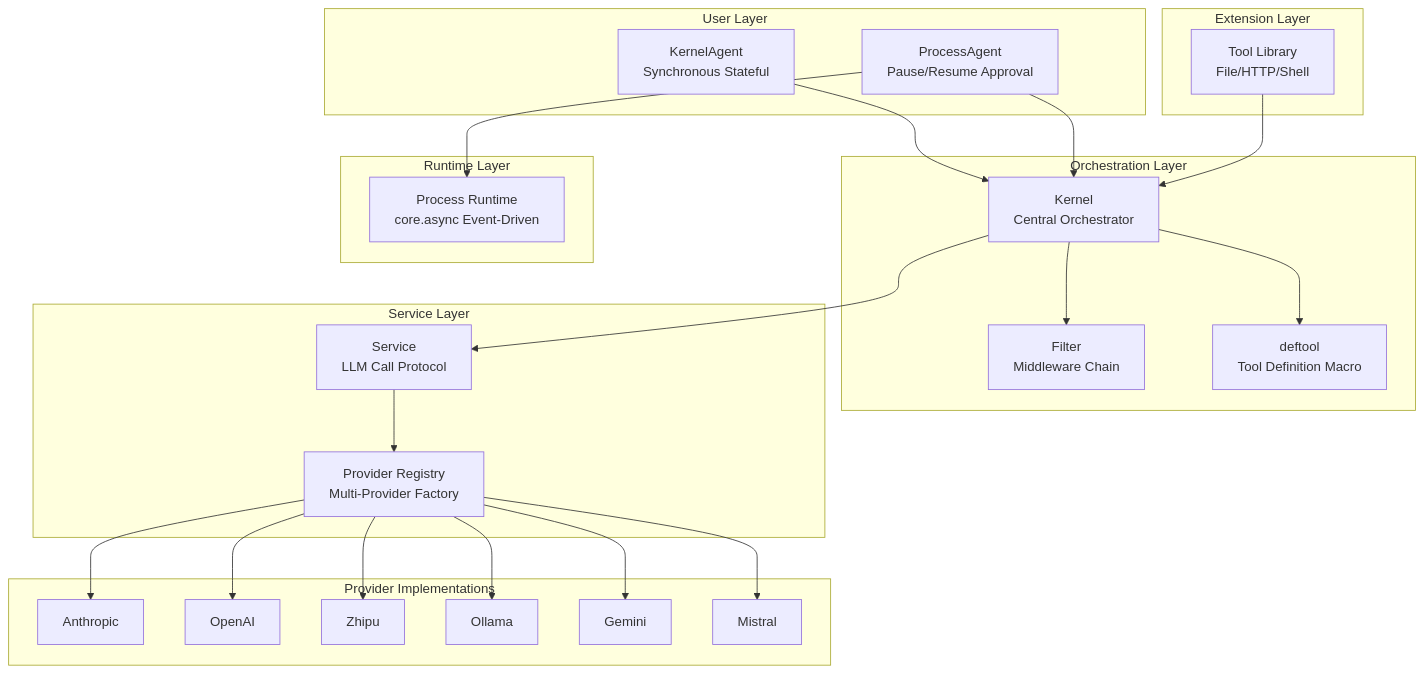
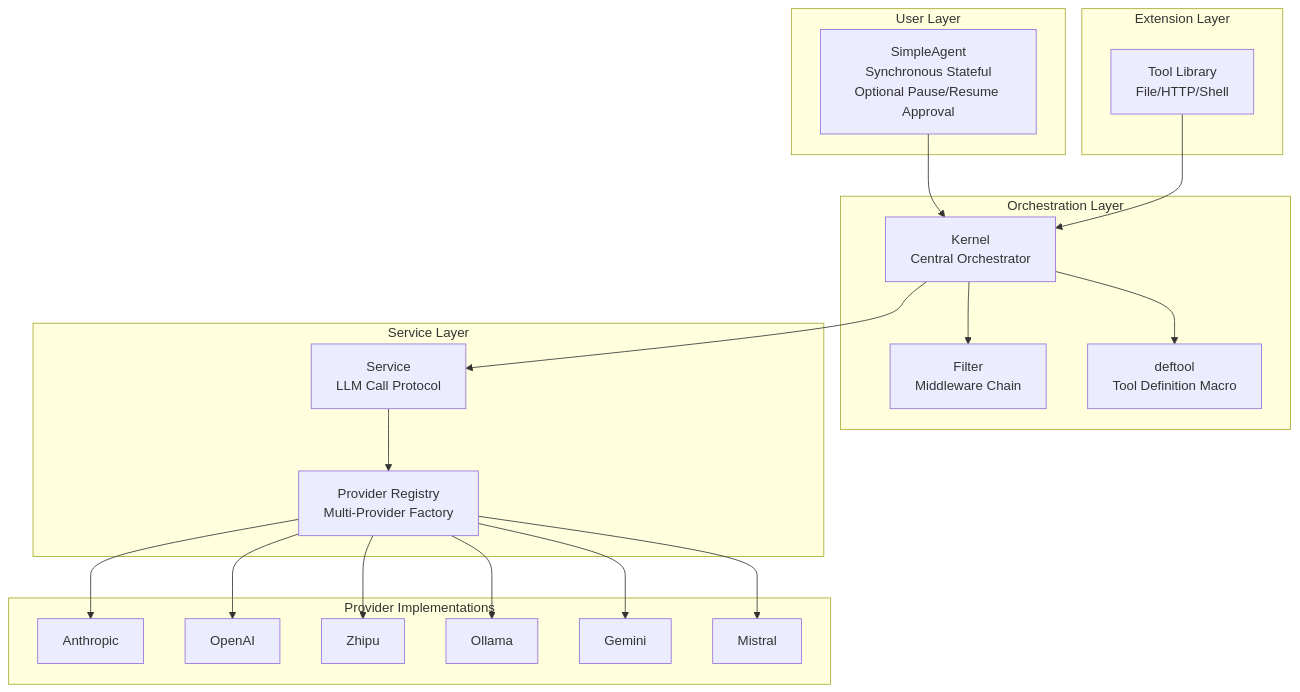
The first of 2 diagrams in README_EN.md (TTalkPro/clj-agent), drawn with Mermaid before and after one commit. The commit also changed other lines of this file and 9 other files, not shown here.

````diff
--- a/README_EN.md
+++ b/README_EN.md
@@ -21,45 +21,38 @@
 ```mermaid
 graph TB
     subgraph "User Layer"
-        KA[KernelAgent<br/>Synchronous Stateful]
-        PA[ProcessAgent<br/>Pause/Resume Approval]
+        SA[SimpleAgent<br/>Synchronous Stateful<br/>Optional Pause/Resume Approval]
     end
 
     subgraph "Orchestration Layer"
         K[Kernel<br/>Central Orchestrator]
         F[Filter<br/>Middleware Chain]
         T[deftool<br/>Tool Definition Macro]
     end
 
     subgraph "Service Layer"
         S[Service<br/>LLM Call Protocol]
         PR[Provider Registry<br/>Multi-Provider Factory]
     end
 
     subgraph "Provider Implementations"
         AN[Anthropic]
         OA[OpenAI]
         ZP[Zhipu]
         OL[Ollama]
         GM[Gemini]
         MS[Mistral]
     end
 
-    subgraph "Runtime Layer"
-        RT[Process Runtime<br/>core.async Event-Driven]
-    end
-
     subgraph "Extension Layer"
         PLG[Tool Library<br/>File/HTTP/Shell]
     end
 
-    KA --> K
-    PA --> K
-    PA --> RT
+    SA --> K
     K --> T
     K --> F
     K --> S
     S --> PR
     PR --> AN & OA & ZP & OL & GM & MS
     PLG --> K
 ```
````
